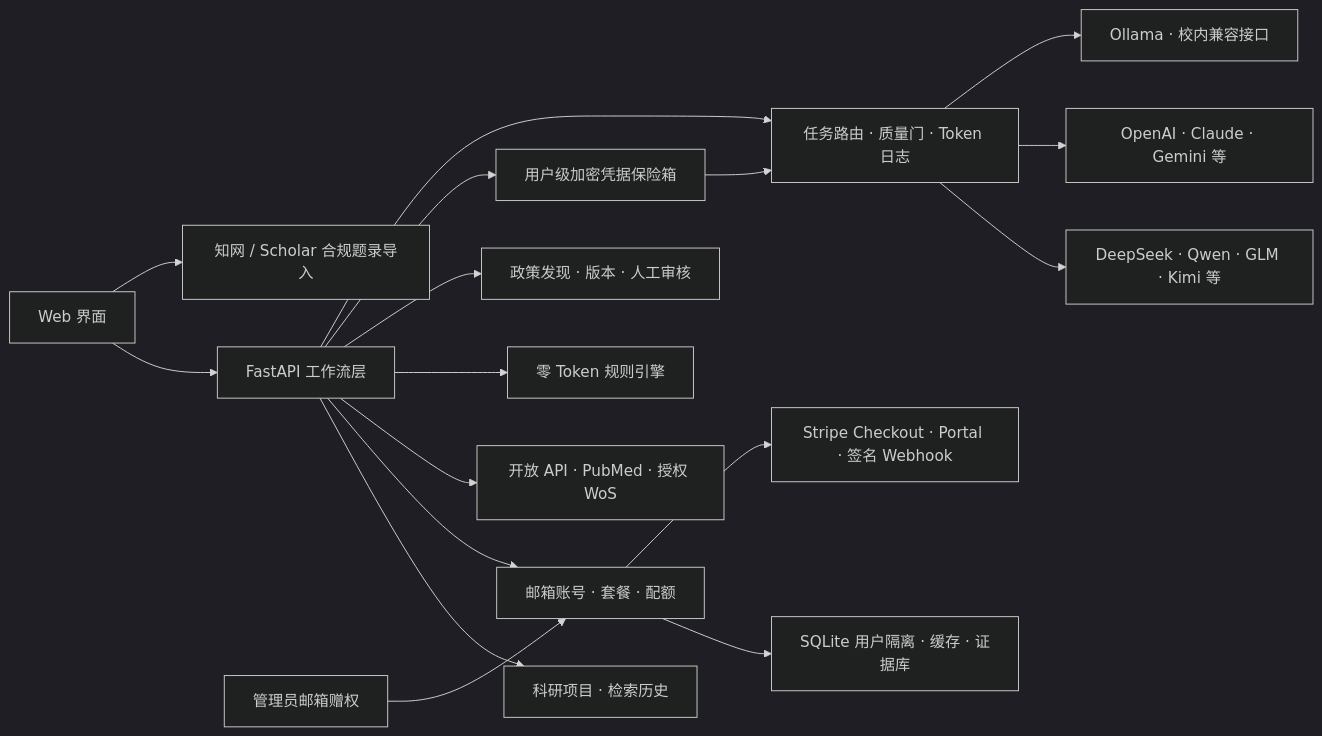
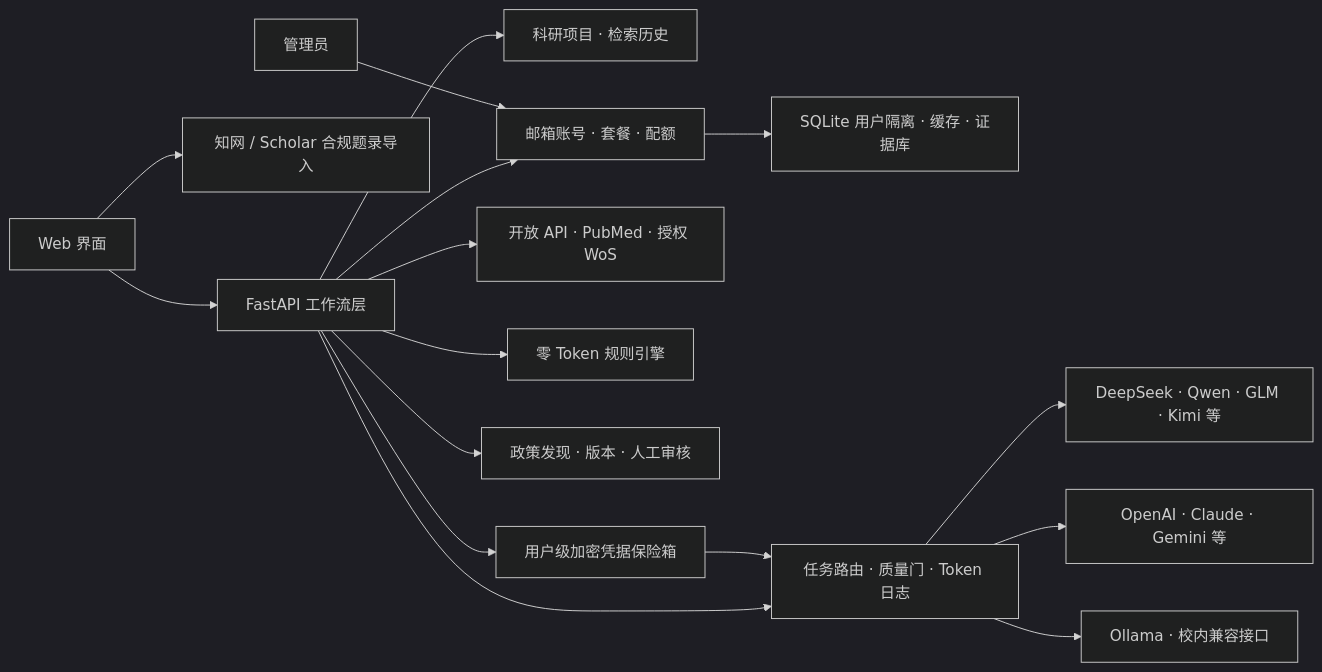
The diagram in README.md (CBarran498/LatticeScholar), drawn with Mermaid (dark theme) before and after one commit. The commit also changed other lines of this file and 20 other files, not shown here.

````diff
--- a/README.md
+++ b/README.md
@@ -228,19 +213,18 @@
 ```mermaid
 flowchart LR
     UI["Web 界面"] --> API["FastAPI 工作流层"]
     API --> PROJECT["科研项目 · 检索历史"]
     API --> ACCOUNT["邮箱账号 · 套餐 · 配额"]
     ACCOUNT --> DB["SQLite 用户隔离 · 缓存 · 证据库"]
     API --> SOURCES["开放 API · PubMed · 授权 WoS"]
     UI --> IMPORT["知网 / Scholar 合规题录导入"]
     API --> RULES["零 Token 规则引擎"]
     API --> POLICY["政策发现 · 版本 · 人工审核"]
     API --> VAULT["用户级加密凭据保险箱"]
     API --> ROUTER["任务路由 · 质量门 · Token 日志"]
     VAULT --> ROUTER
     ROUTER --> CN["DeepSeek · Qwen · GLM · Kimi 等"]
     ROUTER --> GLOBAL["OpenAI · Claude · Gemini 等"]
     ROUTER --> LOCAL["Ollama · 校内兼容接口"]
-    ACCOUNT --> BILLING["Stripe Checkout · Portal · 签名 Webhook"]
-    ADMIN["管理员邮箱赠权"] --> ACCOUNT
+    ADMIN["管理员"] --> ACCOUNT
 ```
````
